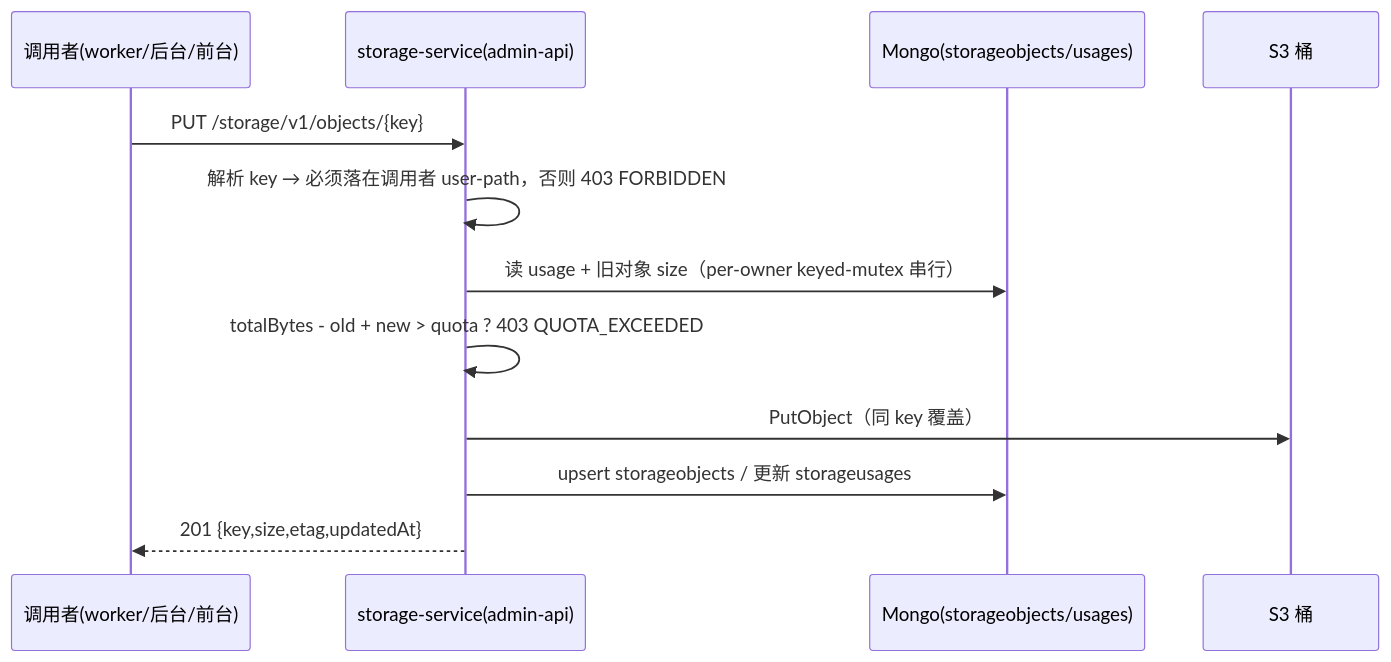
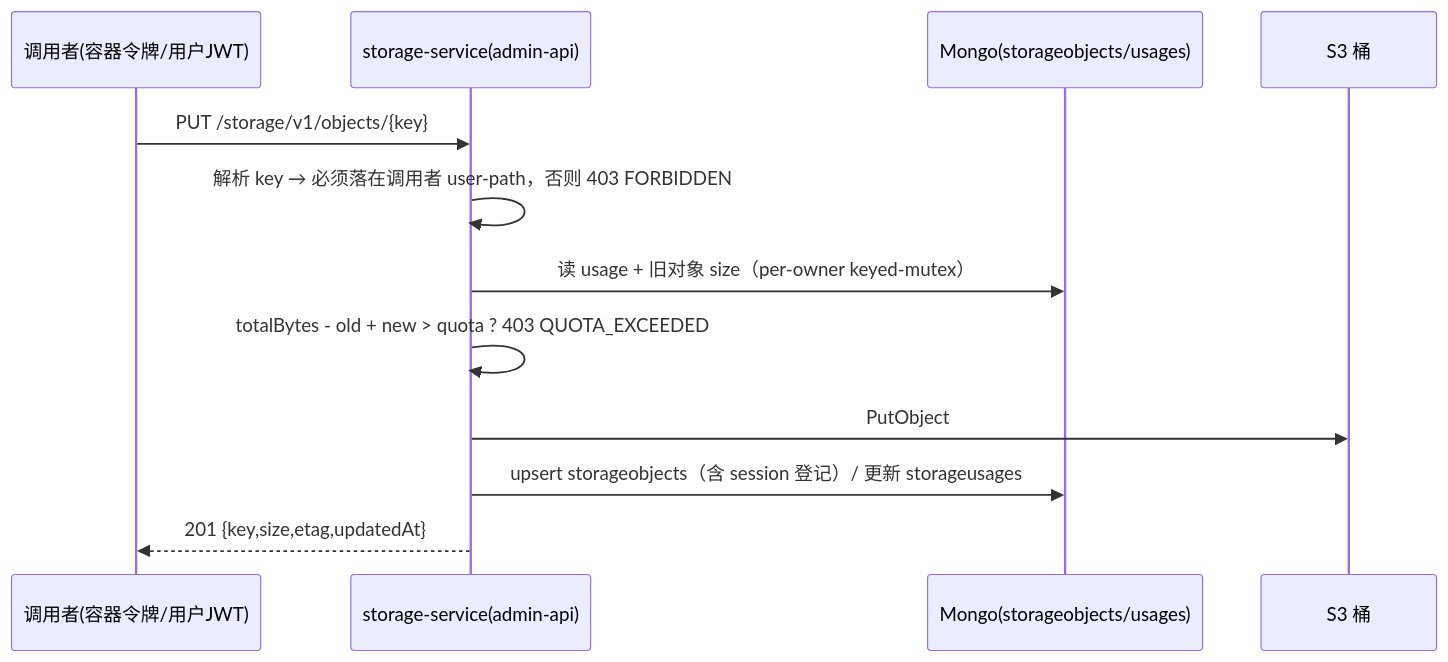
The sixth of 6 diagrams in docs/engineering/proposals/20261020-feat-container-harness-support.md (Deliay/z-agent-gear), drawn with Mermaid before and after one commit. The commit also changed other lines of this file and 3 other files, not shown here.

````diff
--- a/docs/engineering/proposals/20261020-feat-container-harness-support.md
+++ b/docs/engineering/proposals/20261020-feat-container-harness-support.md
@@ -537,15 +564,15 @@
 ```mermaid
 sequenceDiagram
-    participant C as 调用者(worker/后台/前台)
+    participant C as 调用者(容器令牌/用户JWT)
     participant ST as storage-service(admin-api)
     participant M as Mongo(storageobjects/usages)
     participant S3 as S3 桶
 
     C->>ST: PUT /storage/v1/objects/{key}
     ST->>ST: 解析 key → 必须落在调用者 user-path，否则 403 FORBIDDEN
-    ST->>M: 读 usage + 旧对象 size（per-owner keyed-mutex 串行）
+    ST->>M: 读 usage + 旧对象 size（per-owner keyed-mutex）
     ST->>ST: totalBytes - old + new > quota ? 403 QUOTA_EXCEEDED
-    ST->>S3: PutObject（同 key 覆盖）
-    ST->>M: upsert storageobjects / 更新 storageusages
+    ST->>S3: PutObject
+    ST->>M: upsert storageobjects（含 session 登记）/ 更新 storageusages
     ST-->>C: 201 {key,size,etag,updatedAt}
 ```
````
